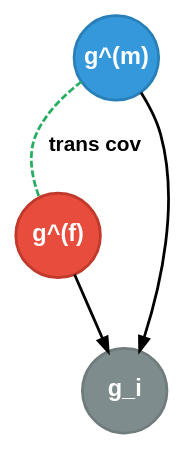
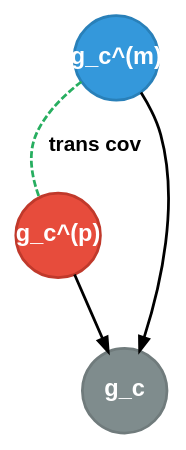
The second of 4 diagrams in session_2.qmd (hafsunde/ESSGN-course), drawn with Graphviz before and after one commit. The commit also changed other lines of this file and 5 other files, not shown here.

````diff
--- a/session_2.qmd
+++ b/session_2.qmd
@@ -480,20 +504,20 @@
 ```{dot}
 //| fig-width: 4.6
 //| fig-height: 3
 //| echo: false
 digraph trans_cov {
   rankdir=TB;
   graph [margin=0.08, nodesep=0.5, ranksep=0.7];
   node [shape=circle, style=filled, fixedsize=true, width=0.85, height=0.85,
         fontsize=17, fontcolor=white, fontname="Helvetica-Bold", penwidth=2];
   edge [penwidth=2, fontsize=15, fontname="Helvetica-Bold"];
 
-  gm [label="g^(m)", fillcolor="#3498db", color="#2980b9"];
-  gf [label="g^(f)", fillcolor="#e74c3c", color="#c0392b"];
-  go [label="g_i", fillcolor="#7f8c8d", color="#707b7c"];
+  gm [label="g_c^(m)", fillcolor="#3498db", color="#2980b9"];
+  gf [label="g_c^(p)", fillcolor="#e74c3c", color="#c0392b"];
+  go [label="g_c", fillcolor="#7f8c8d", color="#707b7c"];
 
   gm -> go;
   gf -> go;
   gm -> gf [dir=none, style=dashed, color="#27ae60", label=" trans cov"];
 }
 ```
````
